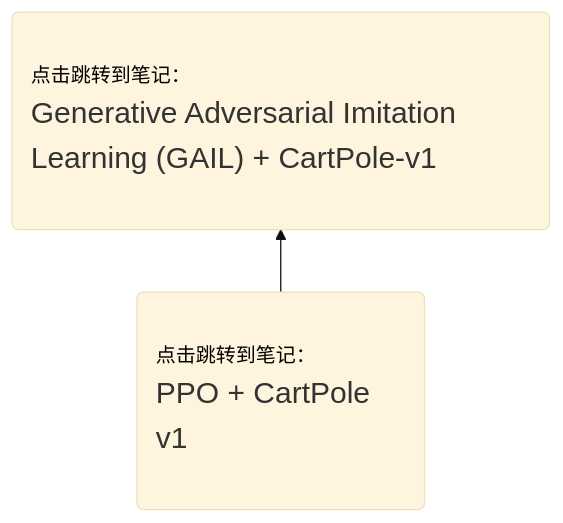
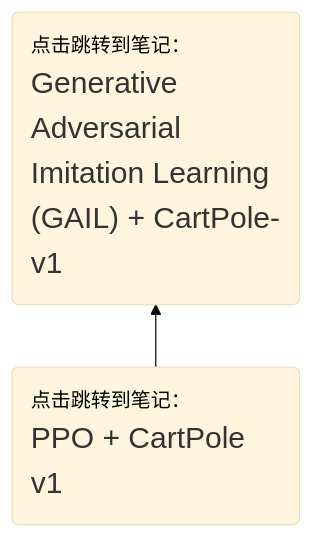
The diagram in 笔记封存/test.md (Gaoshu-root/Code-related-courses), drawn with Mermaid (base theme) before and after one commit.

````diff
--- a/笔记封存/test.md
+++ b/笔记封存/test.md
@@ -2,11 +2,9 @@
 ```mermaid
 graph BT
-    classDef wide2 padding:400px;
-    classDef wide1 padding:200px;
+    classDef wide padding:500px;
+   class P1,P2 wide
     P1("<div style='text-align:left'><font color="black">点击跳转到笔记：</font><br><font size="5">PPO + CartPole v1</div>") --> P2("<div style='text-align:left'><font color="black">点击跳转到笔记：</font><br><font size="5">Generative Adversarial Imitation Learning (GAIL) + CartPole-v1</div>")
-    class P1 wide1
-    class P2 wide2
     click P1 "https://github.com/Gaoshu-root/Code-related-courses/blob/main/RL2024/PPO_%2B_CartPole_v1_.ipynb" _blank
     click P2 "https://github.com/Gaoshu-root/Code-related-courses/blob/main/RL2024/Generative%20Adversarial%20Imitation%20Learning(GAIL)/Generative%20Adversarial%20Imitation%20Learning%20(GAIL)%20%2B%20CartPole-v1%20.ipynb" _blank
 
 ```
````
